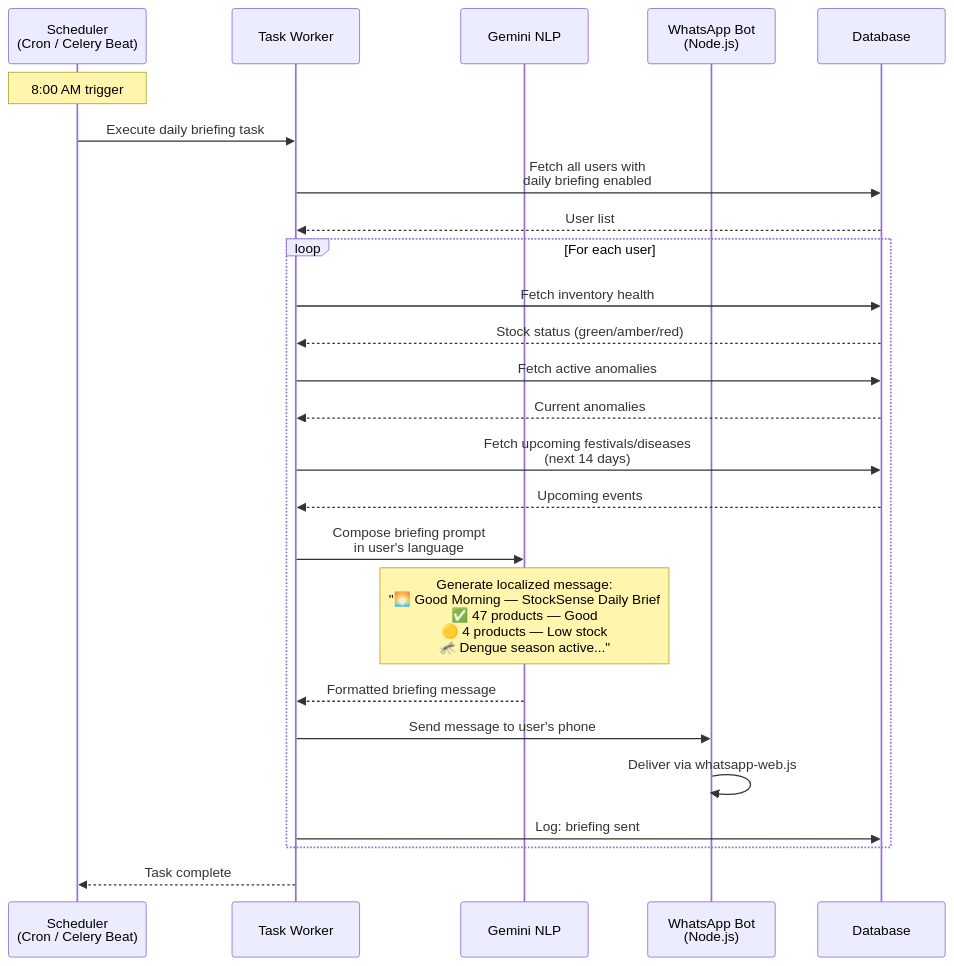
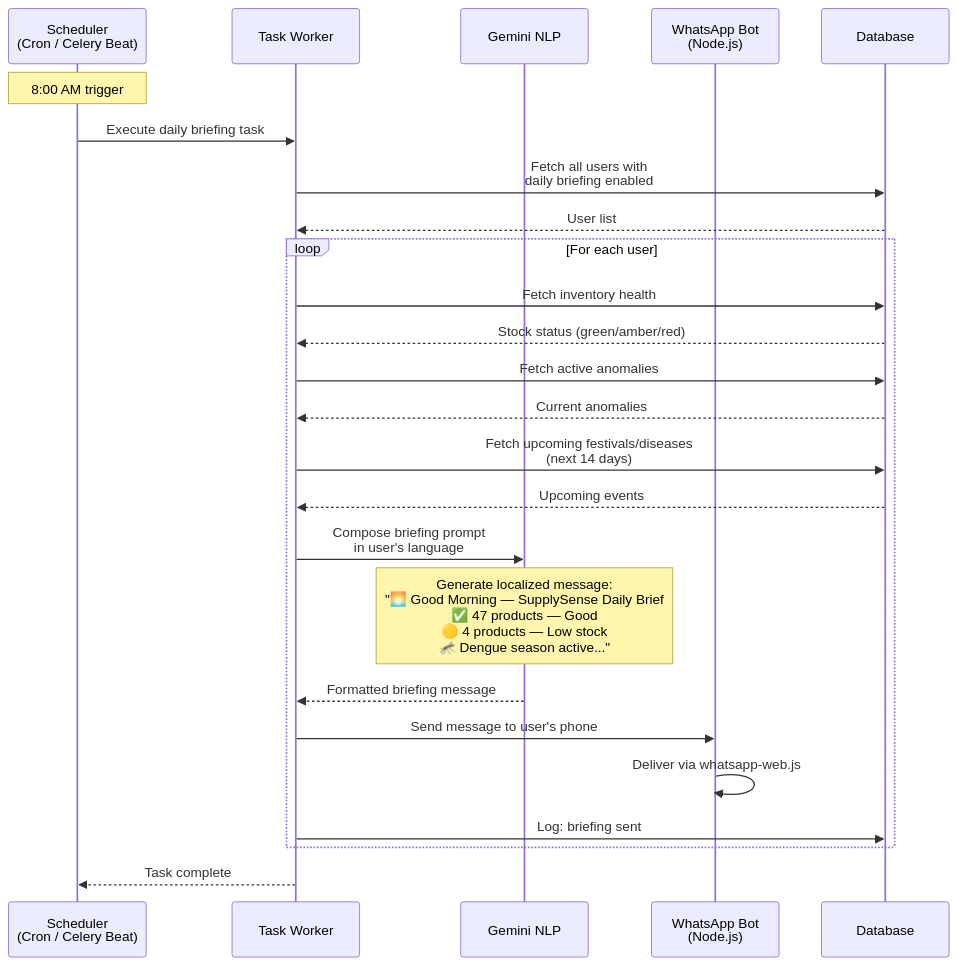
The ninth of 14 diagrams in docs/sequence_diagrams_mermaid.md (Arnav1709/natwest-cfp), drawn with Mermaid before and after one commit. The commit also changed other lines of this file and 51 other files, not shown here.

````diff
--- a/docs/sequence_diagrams_mermaid.md
+++ b/docs/sequence_diagrams_mermaid.md
@@ -328,36 +328,36 @@
 ```mermaid
 sequenceDiagram
     participant Cron as Scheduler<br/>(Cron / Celery Beat)
     participant Worker as Task Worker
     participant Gemini as Gemini NLP
     participant WA as WhatsApp Bot<br/>(Node.js)
     participant DB as Database
 
     Note over Cron: 8:00 AM trigger
     Cron->>Worker: Execute daily briefing task
 
     Worker->>DB: Fetch all users with<br/>daily briefing enabled
     DB-->>Worker: User list
 
     loop For each user
         Worker->>DB: Fetch inventory health
         DB-->>Worker: Stock status (green/amber/red)
 
         Worker->>DB: Fetch active anomalies
         DB-->>Worker: Current anomalies
 
         Worker->>DB: Fetch upcoming festivals/diseases<br/>(next 14 days)
         DB-->>Worker: Upcoming events
 
         Worker->>Gemini: Compose briefing prompt<br/>in user's language
-        Note over Gemini: Generate localized message:<br/>"🌅 Good Morning — StockSense Daily Brief<br/>✅ 47 products — Good<br/>🟡 4 products — Low stock<br/>🦟 Dengue season active..."
+        Note over Gemini: Generate localized message:<br/>"🌅 Good Morning — SupplySense Daily Brief<br/>✅ 47 products — Good<br/>🟡 4 products — Low stock<br/>🦟 Dengue season active..."
         Gemini-->>Worker: Formatted briefing message
 
         Worker->>WA: Send message to user's phone
         WA->>WA: Deliver via whatsapp-web.js
 
         Worker->>DB: Log: briefing sent
     end
 
     Worker-->>Cron: Task complete
 ```
````
